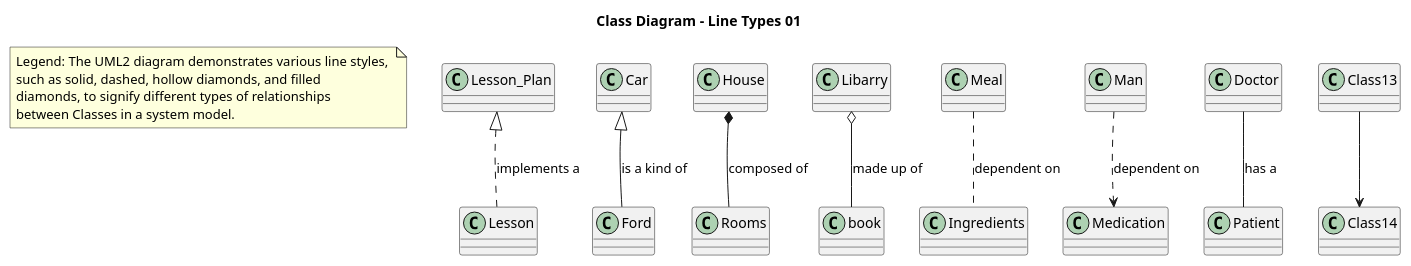
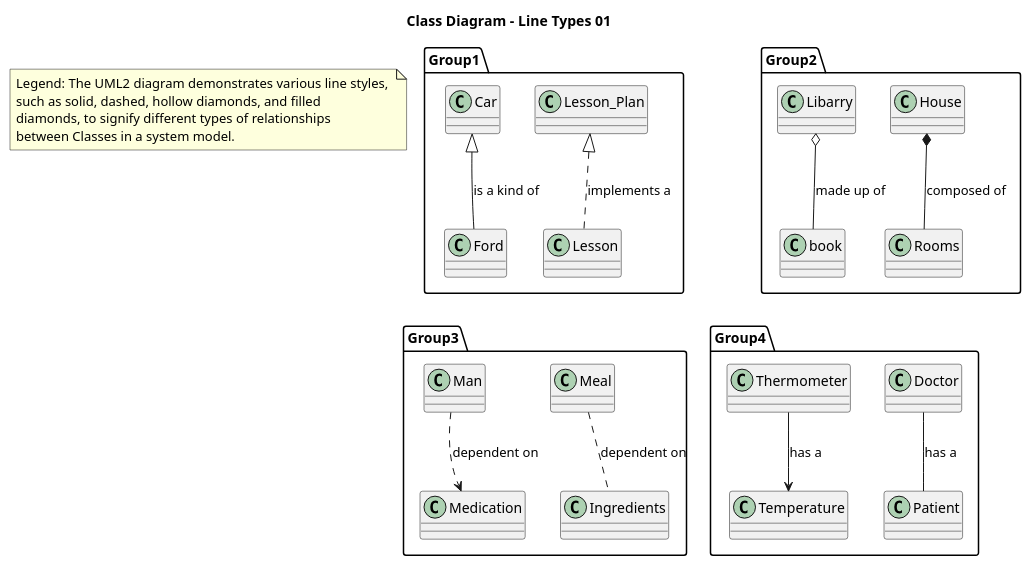
Before and after one commit to geobyjmh/UML2-Playground: the diagram in 00_Empty_Diagram/240630_linetypes01.pu, drawn with PlantUML. The commit also changed 1 other file, not shown here.

Commit message:
updated the line diagram

```diff
--- a/00_Empty_Diagram/240630_linetypes01.pu
+++ b/00_Empty_Diagram/240630_linetypes01.pu
@@ -1,13 +1,31 @@
 @startuml
 title Class Diagram - Line Types 01
 note "Legend: The UML2 diagram demonstrates various line styles, \nsuch as solid, dashed, hollow diamonds, and filled \ndiamonds, to signify different types of relationships \nbetween Classes in a system model." as n1
 
-Lesson_Plan <|.. Lesson: implements a
-Car <|-- Ford: is a kind of
-House *-- Rooms: composed of
-Libarry o-- book: made up of
+package "Group1"{
+  Lesson_Plan <|.. Lesson: implements a
+  Car <|-- Ford: is a kind of
+}
+
+
+package "Group2"{
+  House *-- Rooms: composed of
+  Libarry o-- book: made up of
+}
+
+package "Group3"{
 Meal .. Ingredients: dependent on
 Man ..> Medication: dependent on
-Doctor  -- Patient: has a
-Class13 --> Class14
+}
+
+package "Group4"{
+  Doctor  -- Patient: has a
+  Thermometer --> Temperature: has a
+}
+
+
+/'Diagram Layout '/
+Lesson -[hidden]-> Meal 
+Rooms -[hidden]-> Doctor
+
 @enduml
```
